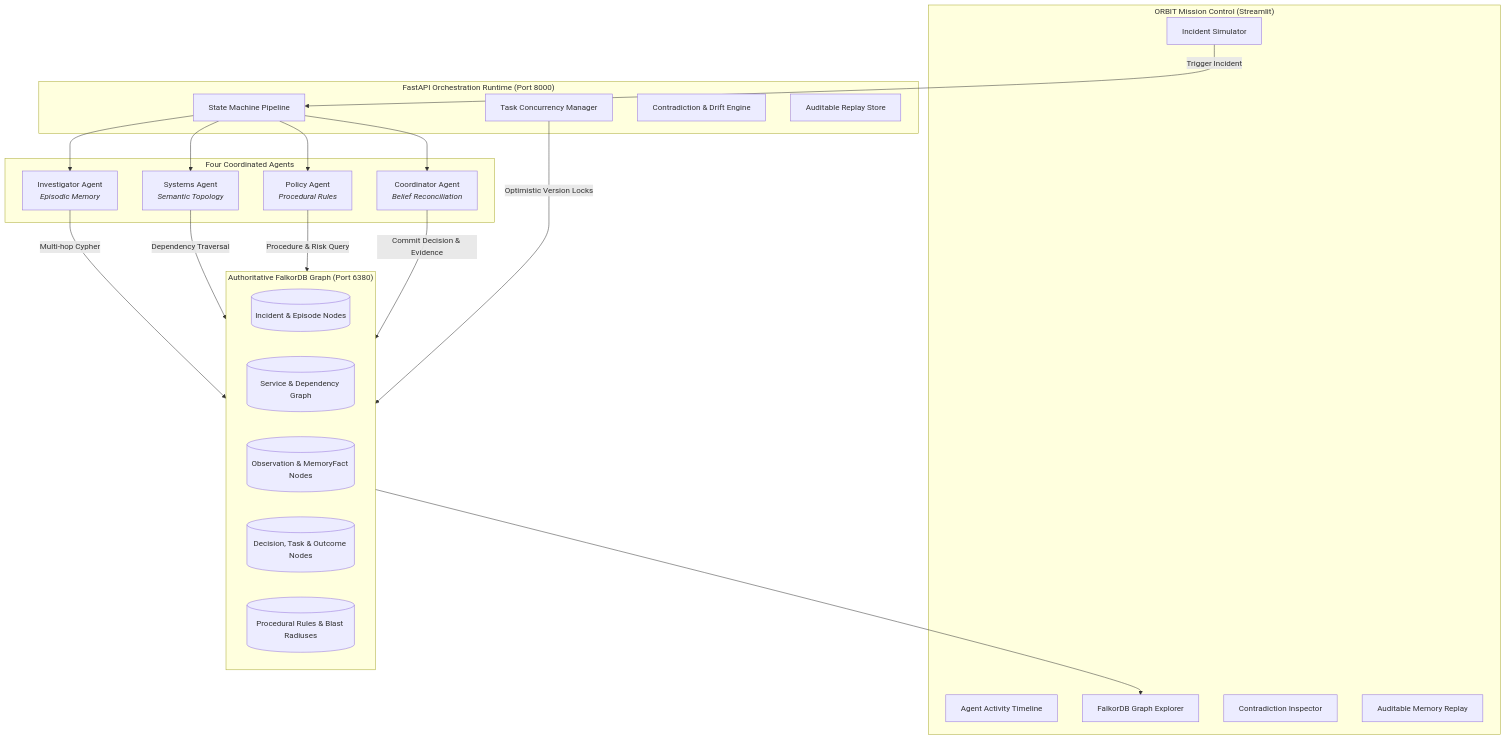
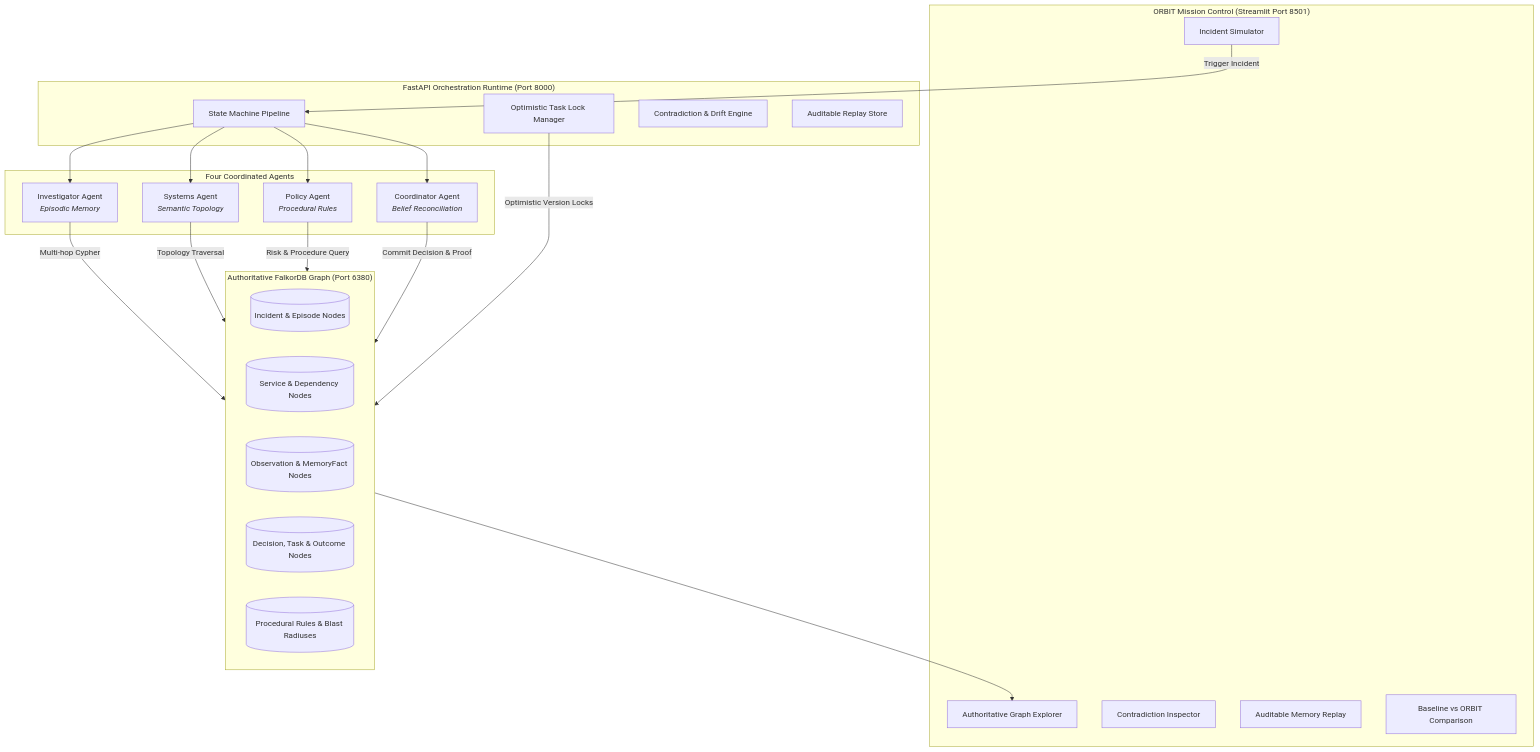
Before and after one commit to AyaanShaheer/Orbit: the diagram in README.md, drawn with Mermaid. The commit also changed other lines of this file and 9 other files, not shown here.

Commit message:
Finalize ORBIT end-to-end: upgraded Streamlit mission control, complete package init modules, .env.example, verified 14-test suite, and comprehensive hackathon README

````diff
--- a/README.md
+++ b/README.md
@@ -27,44 +50,44 @@
 ```mermaid
 flowchart TD
-    subgraph UI ["ORBIT Mission Control (Streamlit)"]
+    subgraph UI ["ORBIT Mission Control (Streamlit Port 8501)"]
         A1[Incident Simulator]
-        A2[Agent Activity Timeline]
-        A3[FalkorDB Graph Explorer]
-        A4[Contradiction Inspector]
-        A5[Auditable Memory Replay]
+        A2[Authoritative Graph Explorer]
+        A3[Contradiction Inspector]
+        A4[Auditable Memory Replay]
+        A5[Baseline vs ORBIT Comparison]
     end
 
     subgraph API ["FastAPI Orchestration Runtime (Port 8000)"]
         B1[State Machine Pipeline]
-        B2[Task Concurrency Manager]
+        B2[Optimistic Task Lock Manager]
         B3[Contradiction & Drift Engine]
         B4[Auditable Replay Store]
     end
 
     subgraph Agents ["Four Coordinated Agents"]
         C1[Investigator Agent<br/><i>Episodic Memory</i>]
         C2[Systems Agent<br/><i>Semantic Topology</i>]
         C3[Policy Agent<br/><i>Procedural Rules</i>]
         C4[Coordinator Agent<br/><i>Belief Reconciliation</i>]
     end
 
     subgraph DB ["Authoritative FalkorDB Graph (Port 6380)"]
         D1[(Incident & Episode Nodes)]
-        D2[(Service & Dependency Graph)]
+        D2[(Service & Dependency Nodes)]
         D3[(Observation & MemoryFact Nodes)]
         D4[(Decision, Task & Outcome Nodes)]
         D5[(Procedural Rules & Blast Radiuses)]
     end
 
     A1 -->|Trigger Incident| B1
     B1 --> C1
     B1 --> C2
     B1 --> C3
     B1 --> C4
     C1 -->|Multi-hop Cypher| DB
-    C2 -->|Dependency Traversal| DB
-    C3 -->|Procedure & Risk Query| DB
-    C4 -->|Commit Decision & Evidence| DB
+    C2 -->|Topology Traversal| DB
+    C3 -->|Risk & Procedure Query| DB
+    C4 -->|Commit Decision & Proof| DB
     B2 -->|Optimistic Version Locks| DB
-    DB --> A3
+    DB --> A2
 ```
````
